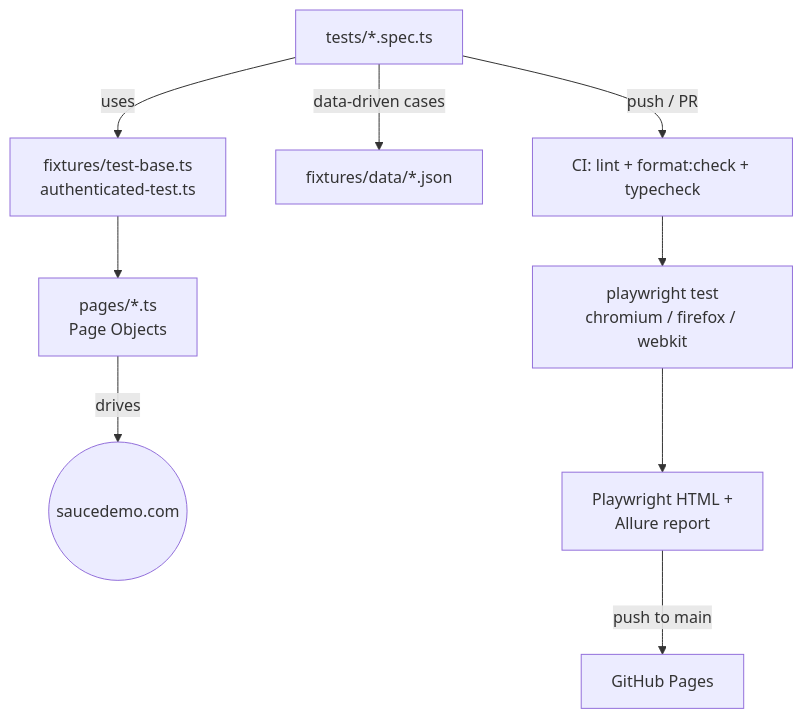
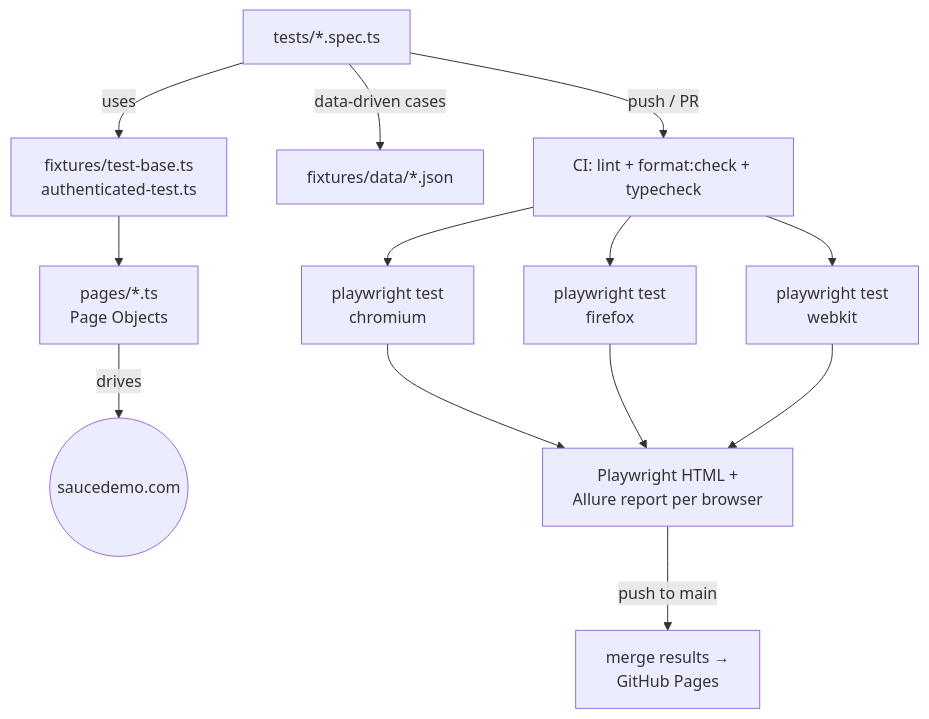
The diagram in README.md (gesttaltt/qa-funtional-testing), drawn with Mermaid before and after one commit. The commit also changed other lines of this file and 5 other files, not shown here.

First line of the commit message:
Agregar test.step() a specs multi-fase y paralelizar CI por browser

````diff
--- a/README.md
+++ b/README.md
@@ -35,12 +35,16 @@
 ```mermaid
 flowchart TB
     A["tests/*.spec.ts"] -->|uses| B["fixtures/test-base.ts<br/>authenticated-test.ts"]
     A -->|data-driven cases| D["fixtures/data/*.json"]
     B --> C["pages/*.ts<br/>Page Objects"]
     C -->|drives| E(("saucedemo.com"))
 
     A -->|push / PR| F["CI: lint + format:check + typecheck"]
-    F --> G["playwright test<br/>chromium / firefox / webkit"]
-    G --> H["Playwright HTML +<br/>Allure report"]
-    H -->|push to main| I["GitHub Pages"]
+    F --> G1["playwright test<br/>chromium"]
+    F --> G2["playwright test<br/>firefox"]
+    F --> G3["playwright test<br/>webkit"]
+    G1 --> H["Playwright HTML +<br/>Allure report per browser"]
+    G2 --> H
+    G3 --> H
+    H -->|push to main| I["merge results →<br/>GitHub Pages"]
 ```
````
